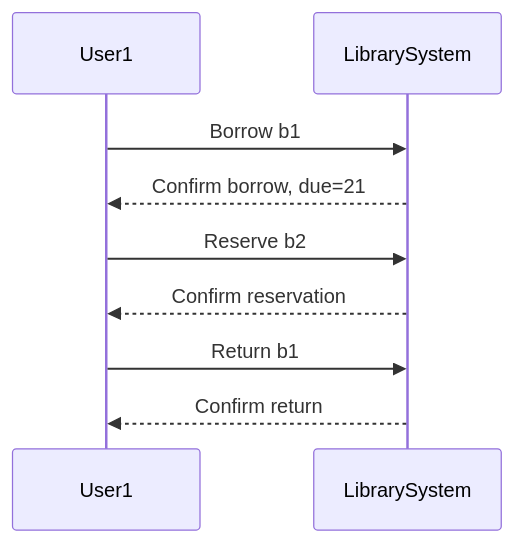
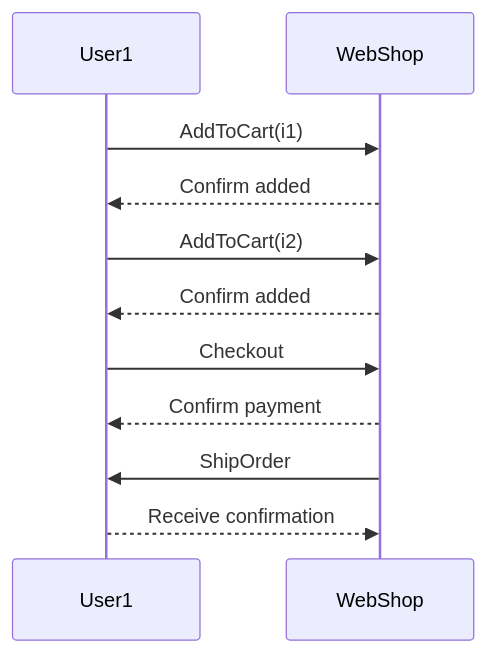
The first of 2 diagrams in workbook/ch06/sec/paradigm/modern/SAMPLE.md (Feyerabend/bb), drawn with Mermaid before and after one commit.

````diff
--- a/workbook/ch06/sec/paradigm/modern/SAMPLE.md
+++ b/workbook/ch06/sec/paradigm/modern/SAMPLE.md
@@ -58,13 +58,15 @@
 ```mermaid
 sequenceDiagram
     participant U1 as User1
-    participant B as LibrarySystem
+    participant WS as WebShop
 
-    %% Scenario: borrowing b1, reserving b2, returning b1
-    U1->>B: Borrow b1
-    B-->>U1: Confirm borrow, due=21
-    U1->>B: Reserve b2
-    B-->>U1: Confirm reservation
-    U1->>B: Return b1
-    B-->>U1: Confirm return
+    %% Scenario: add i1, add i2, checkout, ship order
+    U1->>WS: AddToCart(i1)
+    WS-->>U1: Confirm added
+    U1->>WS: AddToCart(i2)
+    WS-->>U1: Confirm added
+    U1->>WS: Checkout
+    WS-->>U1: Confirm payment
+    WS->>U1: ShipOrder
+    U1-->>WS: Receive confirmation
 ```
````
